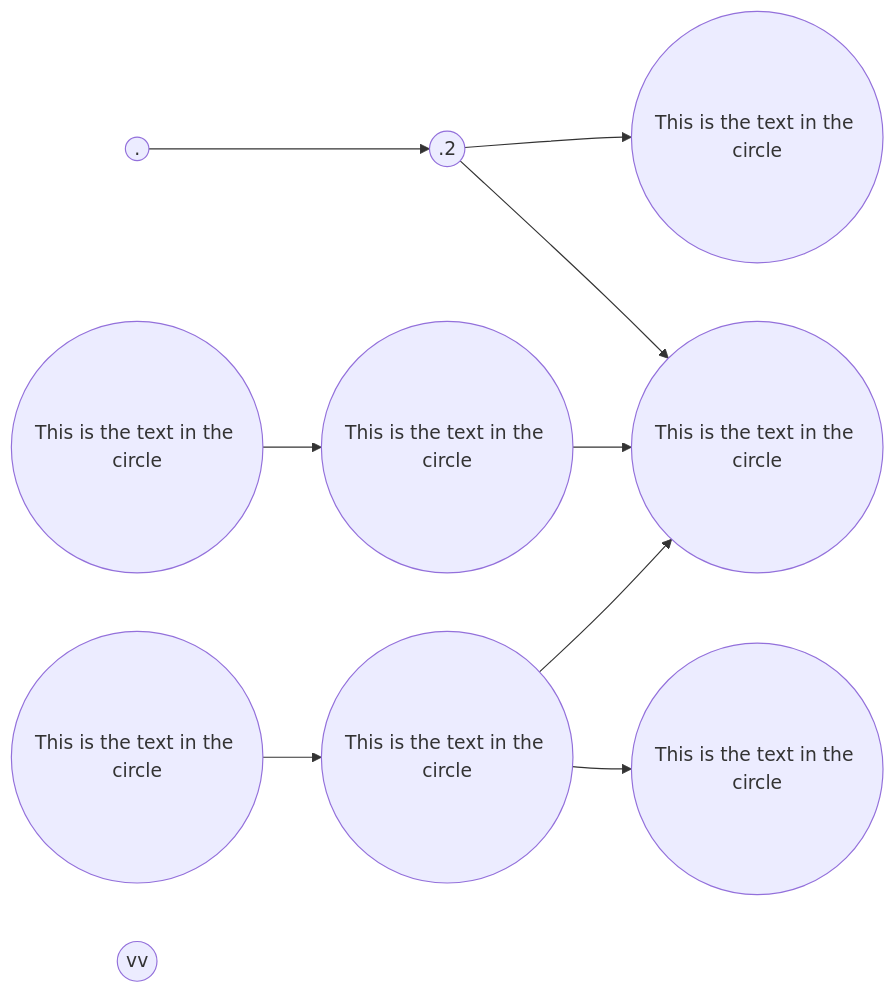
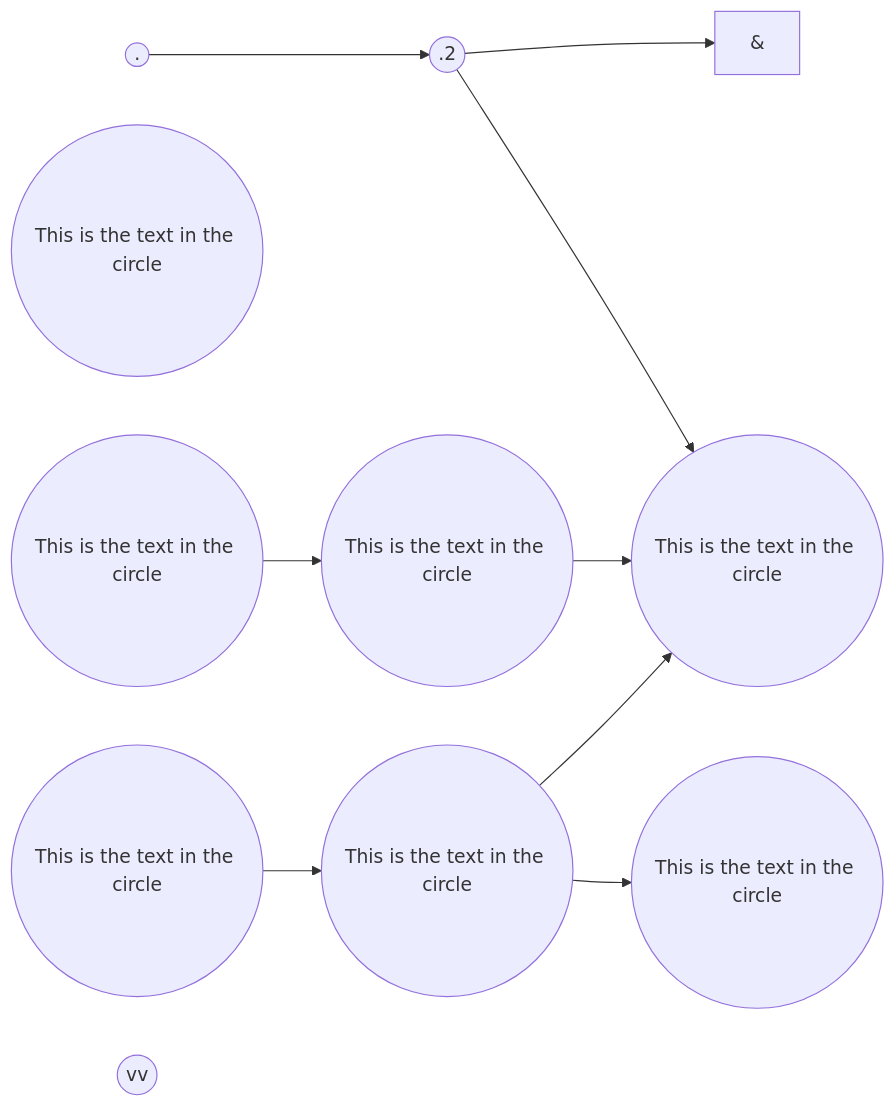
Before and after one commit to gerbssusd/dok: the second of 2 diagrams in slides.md, drawn with Mermaid.

````diff
--- a/slides.md
+++ b/slides.md
@@ -499,15 +499,15 @@
 ```mermaid {scale: .60}
 
 flowchart LR
     id1((.)) -->
-    id2((.2)) -->
+    id2((.2)) -->&
     id3((This is the text in the circle))
        id3.1((This is the text in the circle))-->
        id3.2((This is the text in the circle))-->id4
    id2 --> id4((This is the text in the circle)) 
     id5((This is the text in the circle)) -->
       id6((This is the text in the circle))--> id4 
    id6--> id7((This is the text in the circle))
        id8((vv))
 
 ```
````
